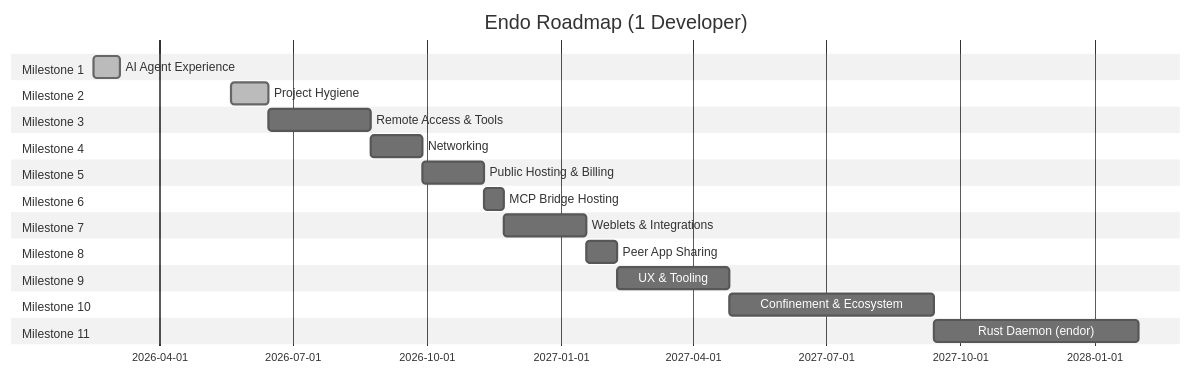
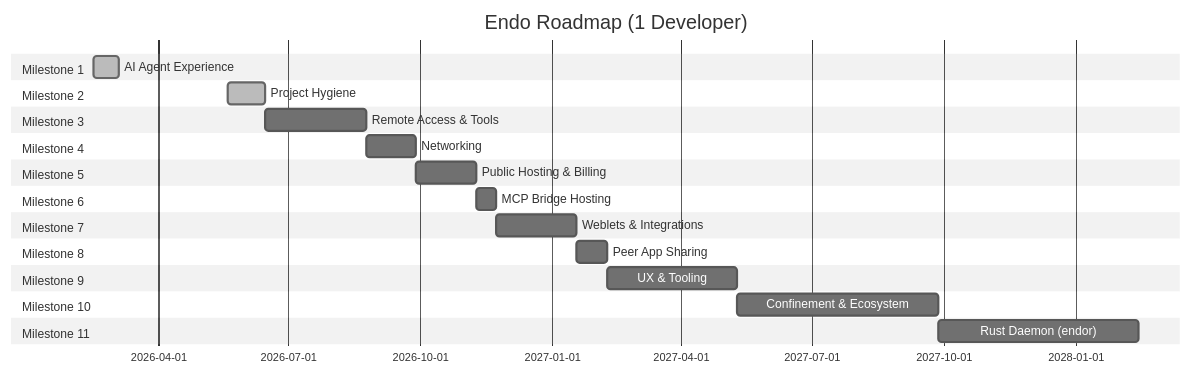
One commit to endojs/endo-but-for-bots changed the second of 2 diagrams in designs/README.md. Above: the diagram before and after it, drawn with Mermaid (neutral theme). The commit also changed other lines of this file and 1 other file, not shown here.

````diff
--- a/designs/README.md
+++ b/designs/README.md
@@ -1854,38 +1866,38 @@
 ```mermaid
 gantt
     title Endo Roadmap (1 Developer)
     dateFormat YYYY-MM-DD
 
     section Milestone 1
     AI Agent Experience           :done, m1, 2026-02-15, 2026-03-05
 
     section Milestone 2
     Project Hygiene               :done, m2, 2026-05-20, 2026-06-15
 
     section Milestone 3
     Remote Access & Tools         :m3, after m2, 10w
 
     section Milestone 4
     Networking                    :m4, after m3, 5w
 
     section Milestone 5
     Public Hosting & Billing      :m5, after m4, 6w
 
     section Milestone 6
     MCP Bridge Hosting            :m6, after m5, 2w
 
     section Milestone 7
     Weblets & Integrations        :m7, after m6, 8w
 
     section Milestone 8
     Peer App Sharing              :m8, after m7, 3w
 
     section Milestone 9
-    UX & Tooling                  :m9, after m8, 11w
+    UX & Tooling                  :m9, after m8, 13w
 
     section Milestone 10
     Confinement & Ecosystem       :m10, after m9, 20w
 
     section Milestone 11
     Rust Daemon (endor)           :m11, after m10, 20w
 ```
````
